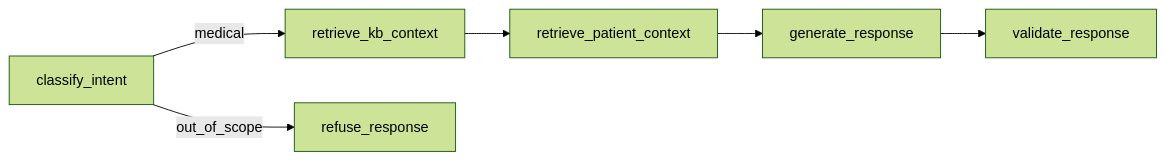
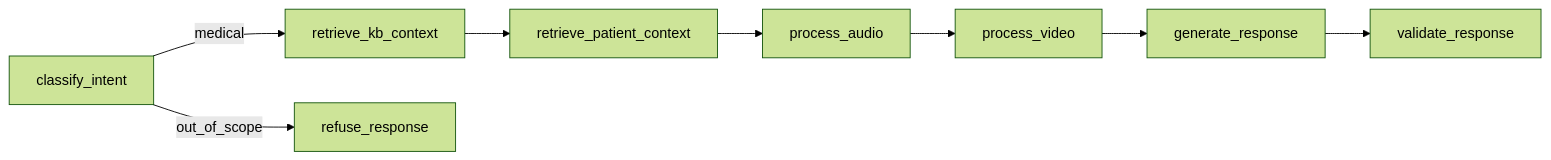
Before and after one commit to DevTheofanes/fiap-ia-challenge-phase-1: the diagram in README.md, drawn with Mermaid (forest theme). The commit also changed other lines of this file and 227 other files, not shown here.

````diff
--- a/README.md
+++ b/README.md
@@ -14,8 +16,10 @@
 ```mermaid
 flowchart LR
   A[classify_intent] -->|medical| B[retrieve_kb_context]
   B --> C[retrieve_patient_context]
-  C --> D[generate_response]
-  D --> E[validate_response]
-  A -->|out_of_scope| F[refuse_response]
+  C --> D[process_audio]
+  D --> E[process_video]
+  E --> F[generate_response]
+  F --> G[validate_response]
+  A -->|out_of_scope| H[refuse_response]
 ```
````
